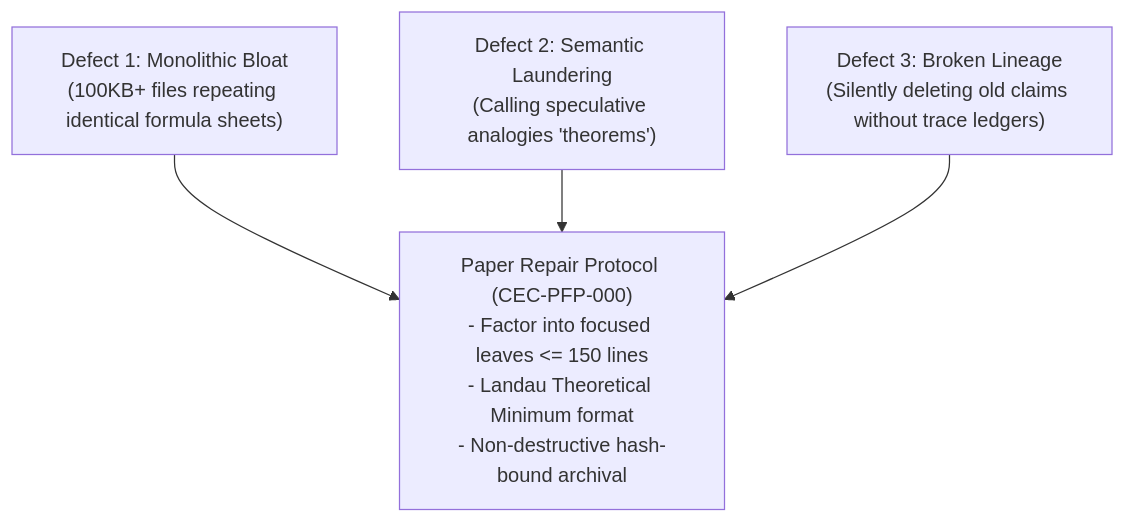
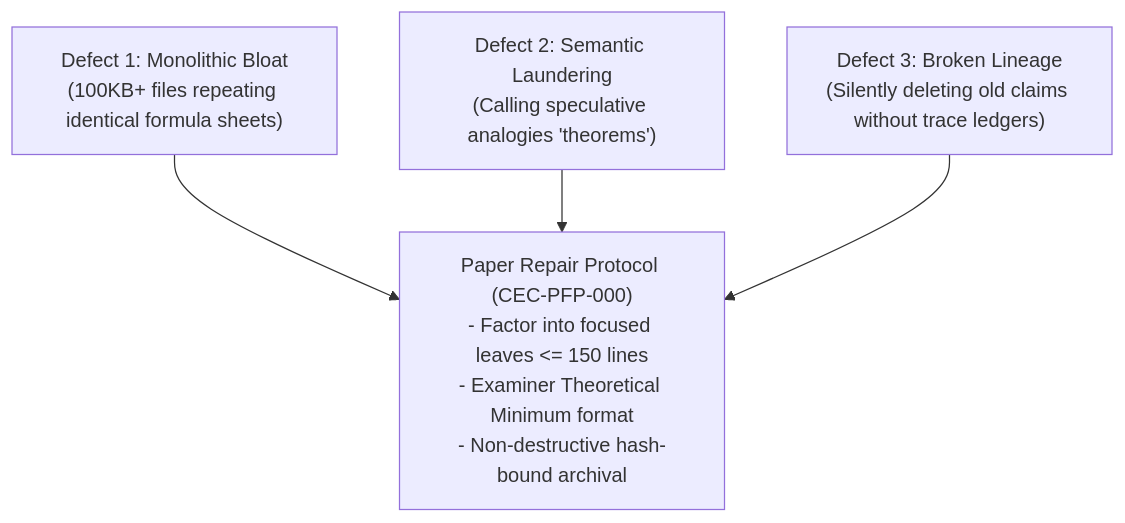
The diagram in education/004_oepfp/docs/04_symbol_game_architecture.md (dbccpage/proposal_fidelity_protocol_pfp), drawn with Mermaid before and after one commit. The commit also changed other lines of this file and 8328 other files, not shown here.

````diff
--- a/education/004_oepfp/docs/04_symbol_game_architecture.md
+++ b/education/004_oepfp/docs/04_symbol_game_architecture.md
@@ -557,12 +557,12 @@
 ```mermaid
 graph TD
     D1["Defect 1: Monolithic Bloat<br/>(100KB+ files repeating identical formula sheets)"]
     D2["Defect 2: Semantic Laundering<br/>(Calling speculative analogies 'theorems')"]
     D3["Defect 3: Broken Lineage<br/>(Silently deleting old claims without trace ledgers)"]
     
-    Fix["Paper Repair Protocol (CEC-PFP-000)<br/>- Factor into focused leaves <= 150 lines<br/>- Landau Theoretical Minimum format<br/>- Non-destructive hash-bound archival"]
+    Fix["Paper Repair Protocol (CEC-PFP-000)<br/>- Factor into focused leaves <= 150 lines<br/>- Examiner Theoretical Minimum format<br/>- Non-destructive hash-bound archival"]
     
     D1 --> Fix
     D2 --> Fix
     D3 --> Fix
 ```
````
